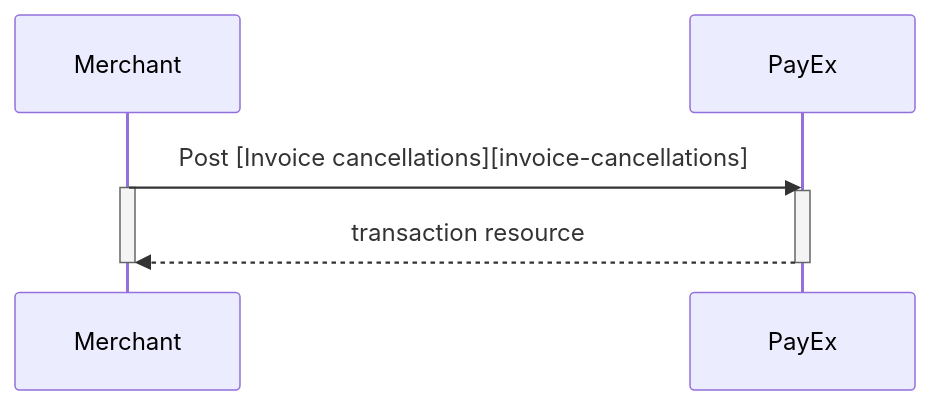
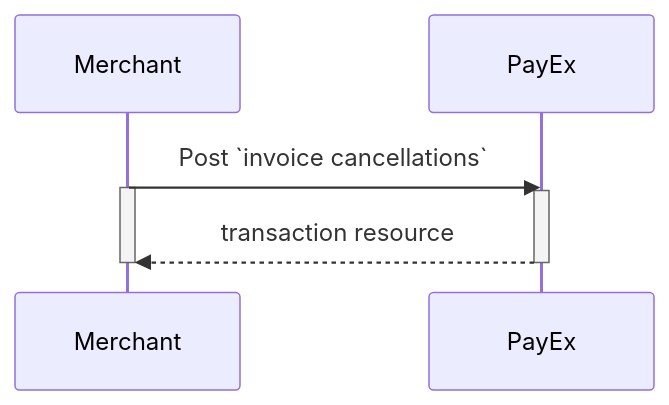
Before and after one commit to SwedbankPay/developer.swedbankpay.com: the second of 3 diagrams in payments/invoice/after-payment.md, drawn with Mermaid. The commit also changed other lines of this file and 2 other files, not shown here.

Commit message:
Invoice after payment fixes, second attempt

````diff
--- a/payments/invoice/after-payment.md
+++ b/payments/invoice/after-payment.md
@@ -343,9 +348,9 @@
 ```mermaid
 sequenceDiagram
-Merchant->>PayEx: Post [Invoice cancellations][invoice-cancellations]
+Merchant->>PayEx: Post `invoice cancellations`
 activate Merchant
 activate PayEx
 PayEx-->>Merchant: transaction resource
 deactivate Merchant
 deactivate PayEx
 ```
````
